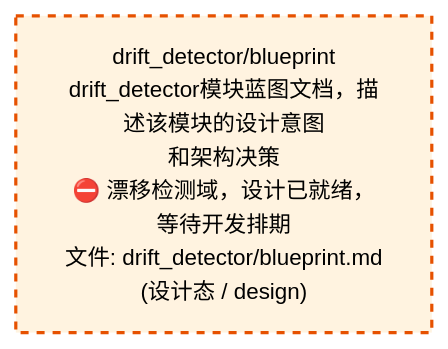
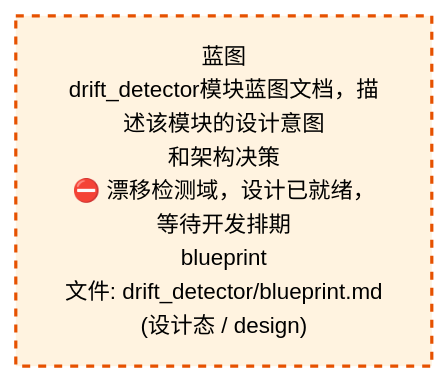
Before and after one commit to xuanFelixVan/ZephyrAlpha: the third of 4 diagrams in docs/02_enterprise_architecture/02_domain_architecture_docs/52_d_gov_drift.md, drawn with Mermaid. The commit also changed other lines of this file and 54 other files, not shown here.

````diff
--- a/docs/02_enterprise_architecture/02_domain_architecture_docs/52_d_gov_drift.md
+++ b/docs/02_enterprise_architecture/02_domain_architecture_docs/52_d_gov_drift.md
@@ -458,10 +458,10 @@
 ```mermaid
 %%{init: {'theme': 'base', 'themeVariables': {'primaryColor': '#eaeaea', 'primaryTextColor': '#333333', 'primaryBorderColor': '#666666', 'lineColor': '#666666', 'secondaryColor': '#eaeaea', 'tertiaryColor': '#eaeaea', 'fontSize': '14px'}}}%%
 flowchart TD
-    docs_03_modules_domain_governance_drift_detector_blueprint_md["drift_detector/blueprint<br/>drift_detector模块蓝图文档，描述该模块的设计意图<br/>和架构决策<br/>⛔ 漂移检测域，设计已就绪，等待开发排期<br/>文件: drift_detector/blueprint.md<br/>(设计态 / design)"]
+    docs_03_modules_domain_governance_drift_detector_blueprint_md["蓝图<br/>drift_detector模块蓝图文档，描述该模块的设计意图<br/>和架构决策<br/>⛔ 漂移检测域，设计已就绪，等待开发排期<br/>blueprint<br/>文件: drift_detector/blueprint.md<br/>(设计态 / design)"]
     classDef production fill:#e1f5fe,stroke:#01579b,stroke-width:2px,color:#000
     classDef design fill:#fff3e0,stroke:#e65100,stroke-width:2px,color:#000,stroke-dasharray: 5 5
     classDef external_prod fill:#e8f4fd,stroke:#0277bd,stroke-width:1px,color:#000
     classDef external_design fill:#fff8e7,stroke:#ef6c00,stroke-width:1px,color:#000,stroke-dasharray: 5 5
     class docs_03_modules_domain_governance_drift_detector_blueprint_md design
 ```
````
